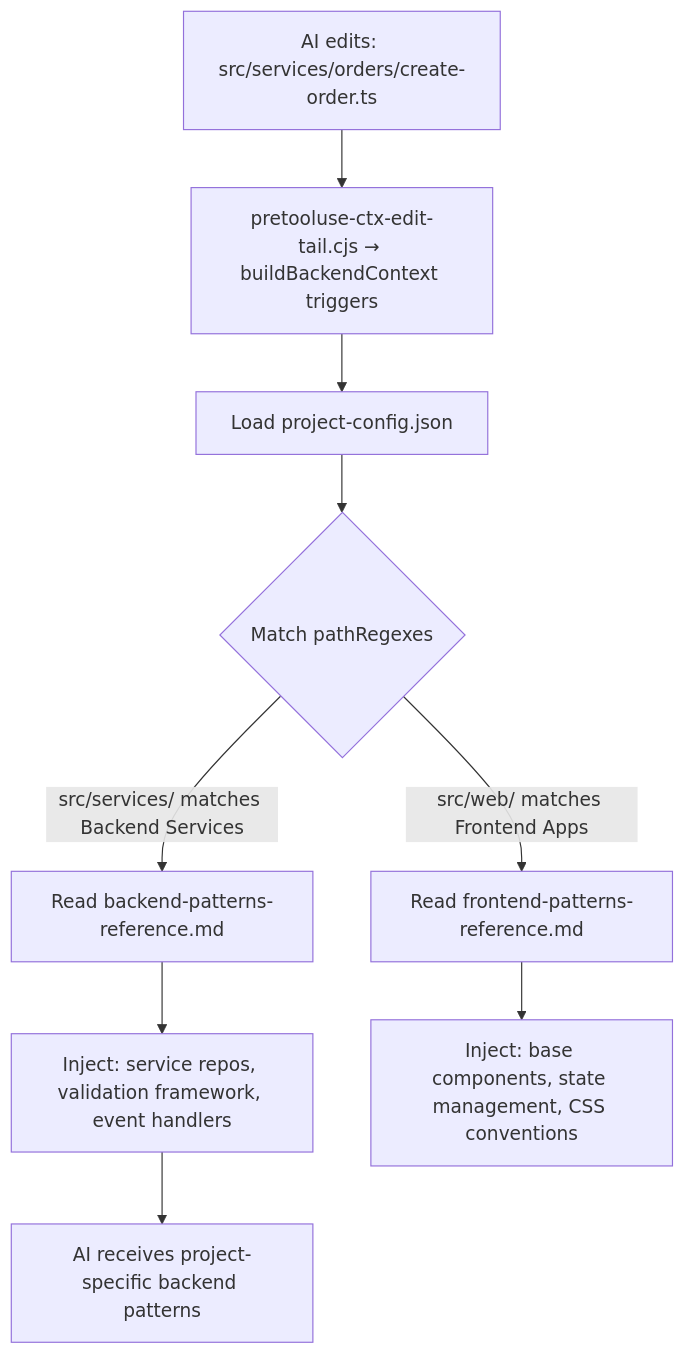
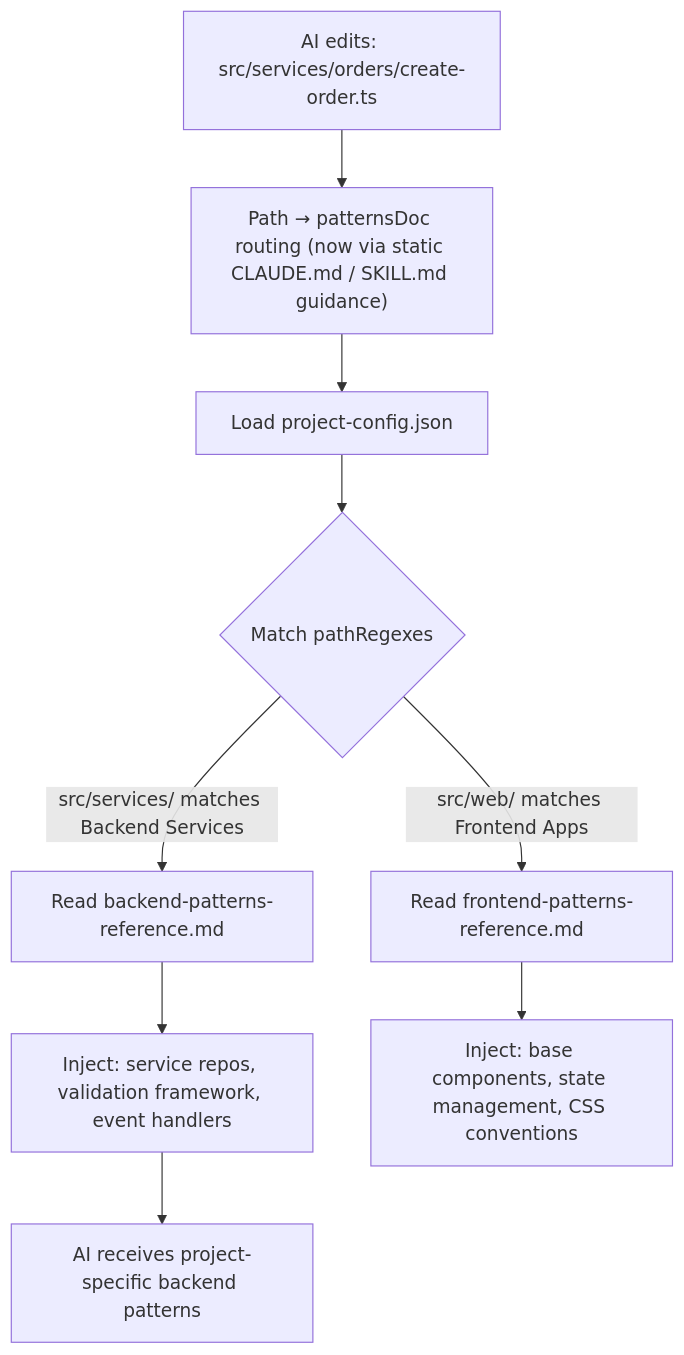
Before and after one commit to duc01226/easy-claude: the ninth of 20 diagrams in .claude/docs/claude-ai-agent-framework-guide.md, drawn with Mermaid. The commit also changed other lines of this file and 43 other files, not shown here.

````diff
--- a/.claude/docs/claude-ai-agent-framework-guide.md
+++ b/.claude/docs/claude-ai-agent-framework-guide.md
@@ -999,12 +978,12 @@
 ```mermaid
 flowchart TB
-    A["AI edits: src/services/orders/create-order.ts"] --> B["pretooluse-ctx-edit-tail.cjs → buildBackendContext triggers"]
+    A["AI edits: src/services/orders/create-order.ts"] --> B["Path → patternsDoc routing (now via static CLAUDE.md / SKILL.md guidance)"]
     B --> C["Load project-config.json"]
     C --> D{"Match pathRegexes"}
     D -->|"src/services/ matches Backend Services"| E["Read backend-patterns-reference.md"]
     E --> F["Inject: service repos, validation framework, event handlers"]
     F --> G["AI receives project-specific backend patterns"]
 
     D -->|"src/web/ matches Frontend Apps"| H["Read frontend-patterns-reference.md"]
     H --> I["Inject: base components, state management, CSS conventions"]
 ```
````
